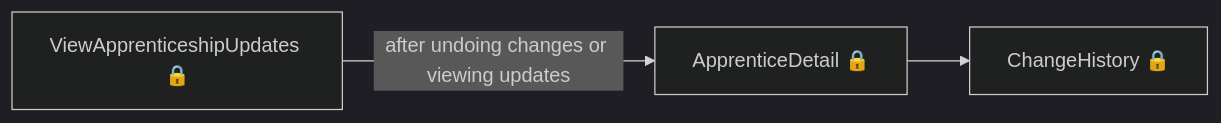
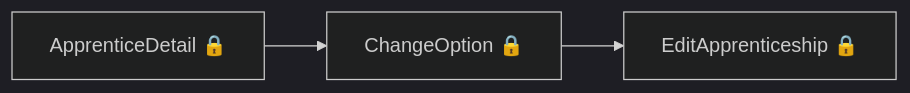
One commit to talentconsulting/atlas-dfe changed the fifth of 5 diagrams in das-providercommitments/user-journeys/user-journeys.md. Above: the diagram before and after it, drawn with Mermaid (dark theme). The commit also changed other lines of this file and 22 other files, not shown here.

````diff
--- a/das-providercommitments/user-journeys/user-journeys.md
+++ b/das-providercommitments/user-journeys/user-journeys.md
@@ -107,5 +49,5 @@
 ```mermaid
 flowchart LR
-  p0["ViewApprenticeshipUpdates 🔒"] -->|"after undoing changes or viewing updates"| p1["ApprenticeDetail 🔒"]
-  p1["ApprenticeDetail 🔒"] --> p2["ChangeHistory 🔒"]
+  p0["ApprenticeDetail 🔒"] --> p1["ChangeOption 🔒"]
+  p1["ChangeOption 🔒"] --> p2["EditApprenticeship 🔒"]
 ```
````
